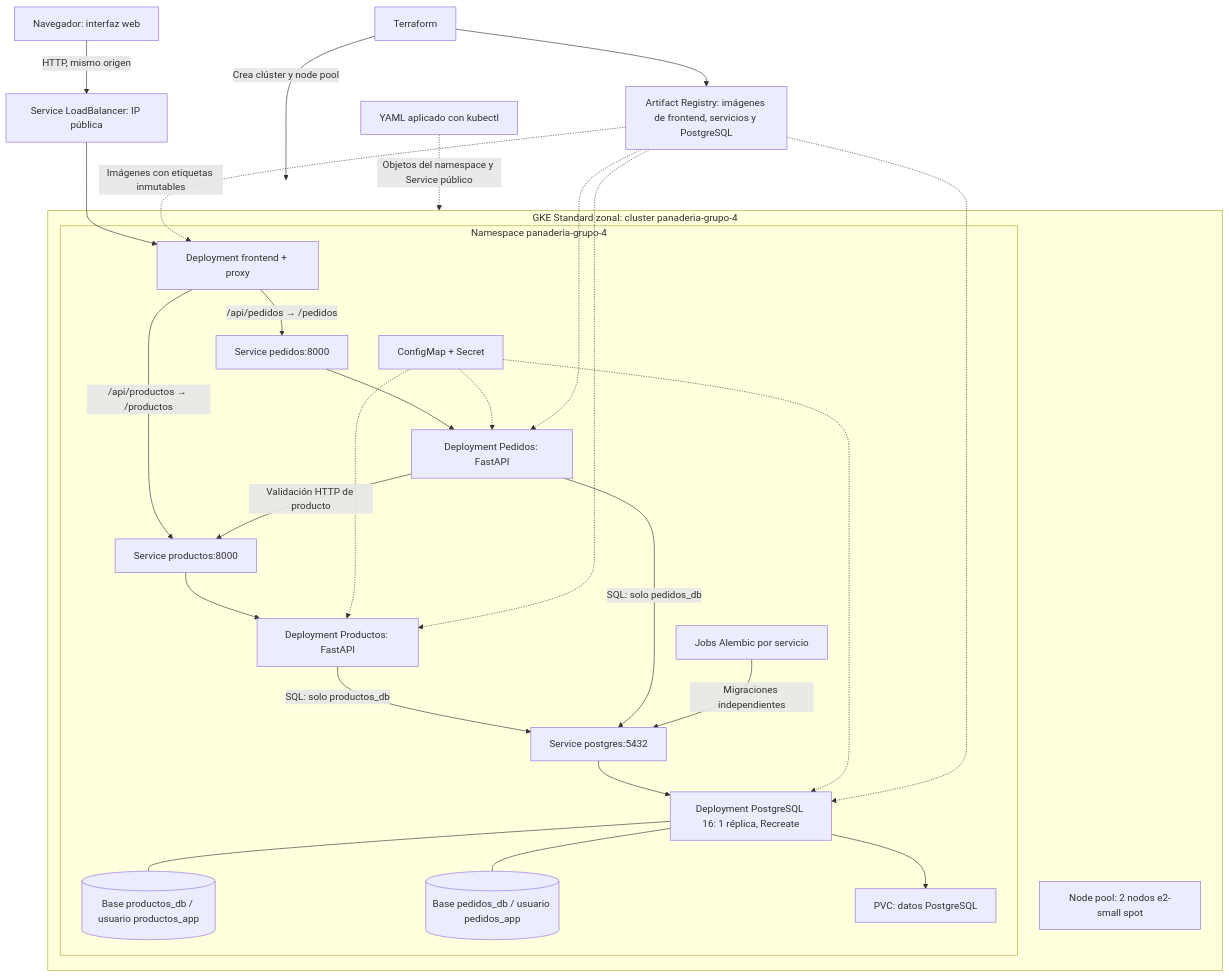
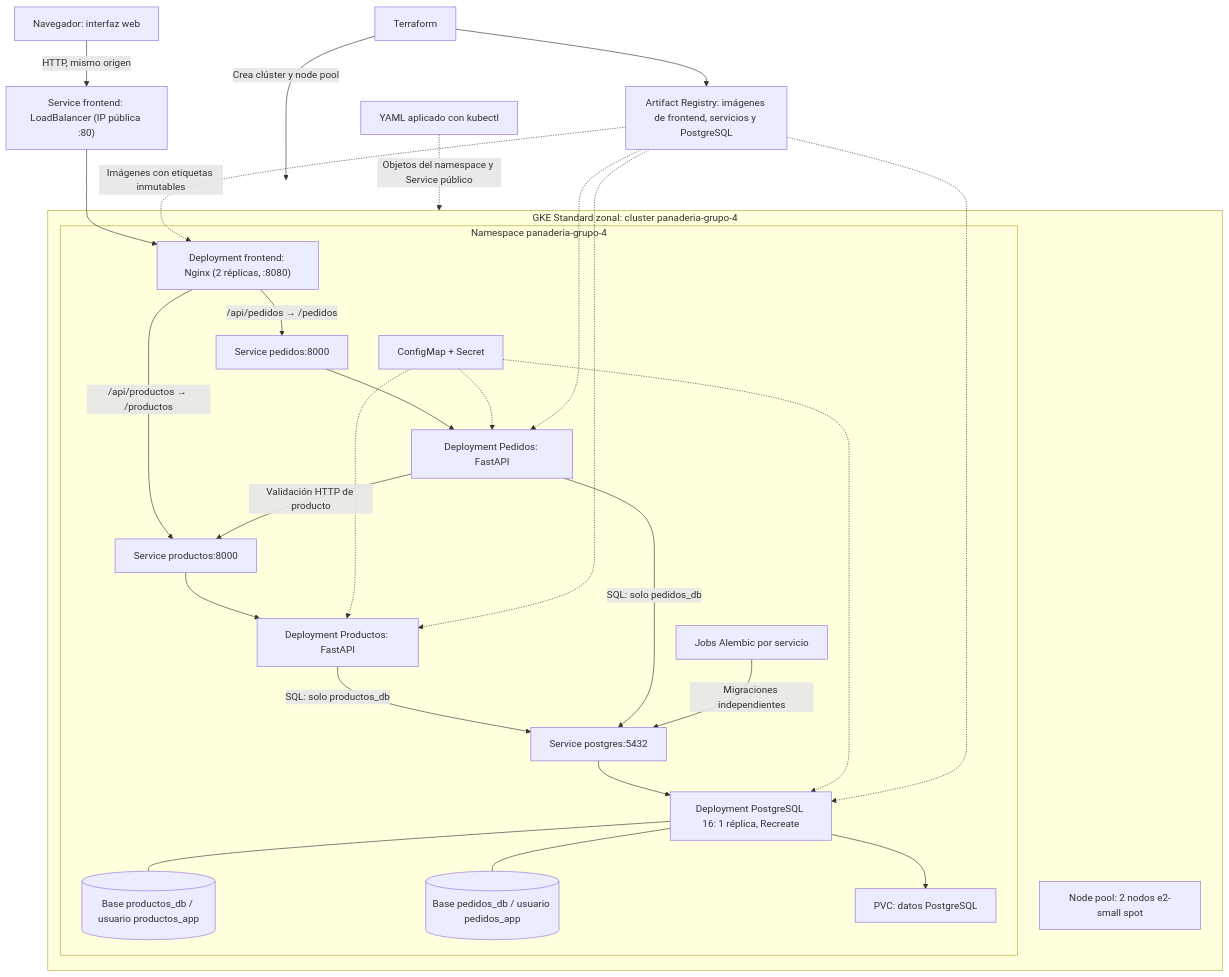
Before and after one commit to Hectorfl05/Virtualizacion_Proyecto_Final_PW: the diagram in docs/arquitectura.md, drawn with Mermaid. The commit also changed other lines of this file and 3 other files, not shown here.

First line of the commit message:
docs: actualizar diagramas de arquitectura y dimensionamiento con frontend

````diff
--- a/docs/arquitectura.md
+++ b/docs/arquitectura.md
@@ -5,46 +5,46 @@
 ```mermaid
 flowchart TB
     browser["Navegador: interfaz web"]
-    public["Service LoadBalancer: IP pública"]
+    public["Service frontend: LoadBalancer (IP pública :80)"]
     subgraph gke["GKE Standard zonal: cluster panaderia-grupo-4"]
         nodes["Node pool: 2 nodos e2-small spot"]
         subgraph ns["Namespace panaderia-grupo-4"]
-            web["Deployment frontend + proxy"]
+            web["Deployment frontend: Nginx (2 réplicas, :8080)"]
             ps["Service productos:8000"]
             os["Service pedidos:8000"]
             p["Deployment Productos: FastAPI"]
             o["Deployment Pedidos: FastAPI"]
             dbs["Service postgres:5432"]
             db["Deployment PostgreSQL 16: 1 réplica, Recreate"]
             pdb[("Base productos_db / usuario productos_app")]
             odb[("Base pedidos_db / usuario pedidos_app")]
             pvc["PVC: datos PostgreSQL"]
             cfg["ConfigMap + Secret"]
             jobs["Jobs Alembic por servicio"]
         end
     end
     browser -->|HTTP, mismo origen| public
     public --> web
     web -->|"/api/productos → /productos"| ps
     web -->|"/api/pedidos → /pedidos"| os
     ps --> p
     os --> o
     o -->|"Validación HTTP de producto"| ps
     p -->|"SQL: solo productos_db"| dbs
     o -->|"SQL: solo pedidos_db"| dbs
     dbs --> db
     db --- pdb
     db --- odb
     db --> pvc
     cfg -.-> p
     cfg -.-> o
     cfg -.-> db
     jobs -->|"Migraciones independientes"| dbs
     tf["Terraform"] -->|"Crea clúster y node pool"| gke
     tf --> ar["Artifact Registry: imágenes de frontend, servicios y PostgreSQL"]
     ar -.->|"Imágenes con etiquetas inmutables"| web
     ar -.-> p
     ar -.-> o
     ar -.-> db
     yaml["YAML aplicado con kubectl"] -.->|"Objetos del namespace y Service público"| ns
 ```
````
